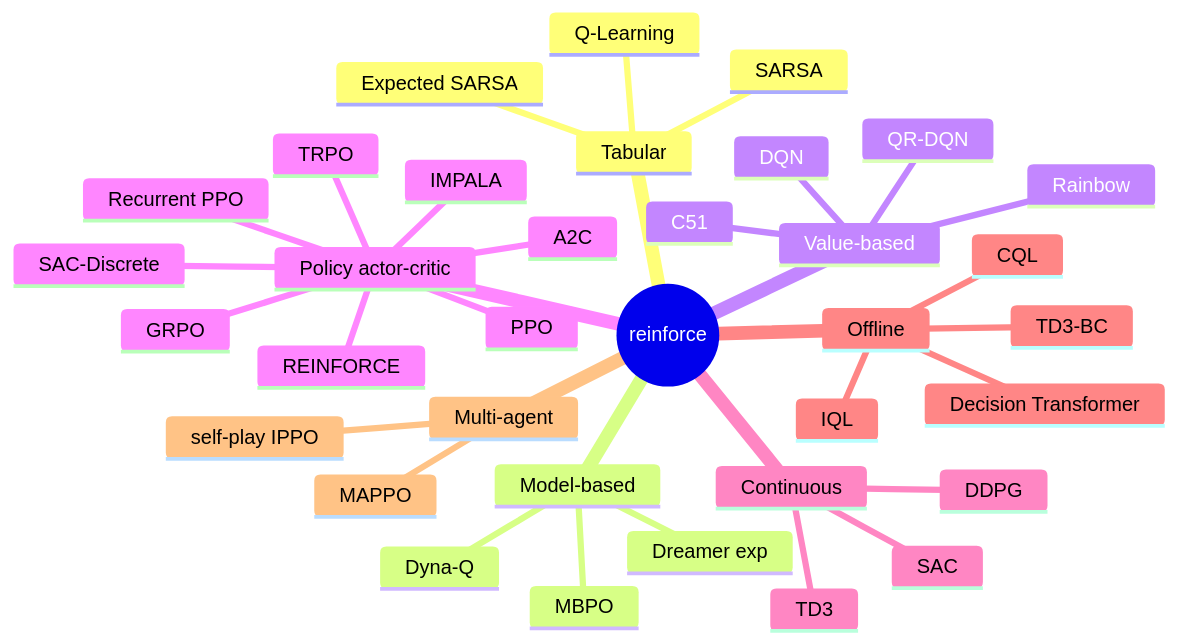
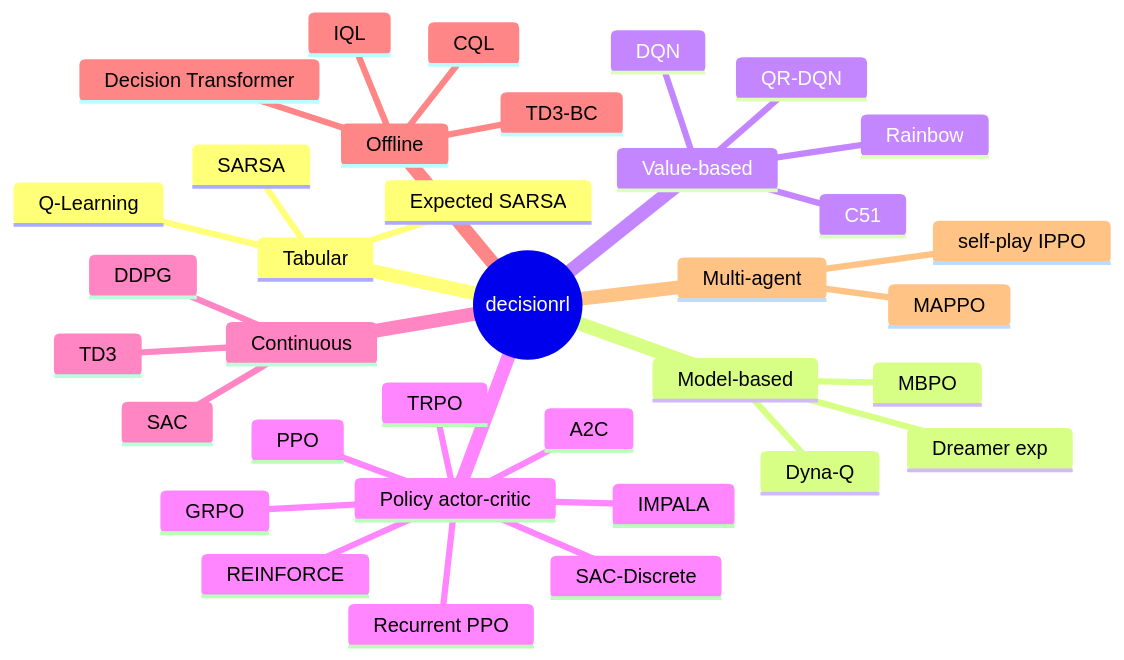
One commit to DenisDrobyshev/decisionrl changed the second of 2 diagrams in README.md. Above: the diagram before and after it, drawn with Mermaid. The commit also changed other lines of this file and 256 other files, not shown here.

````diff
--- a/README.md
+++ b/README.md
@@ -55,38 +85,38 @@
 ```mermaid
 mindmap
-  root(("reinforce"))
+  root(("decisionrl"))
     Tabular
       Q-Learning
       SARSA
       Expected SARSA
     Model-based
       Dyna-Q
       MBPO
       Dreamer exp
     Value-based
       DQN
       C51
       QR-DQN
       Rainbow
     Policy actor-critic
       REINFORCE
       A2C
       PPO
       TRPO
       GRPO
       IMPALA
       Recurrent PPO
       SAC-Discrete
     Continuous
       DDPG
       TD3
       SAC
     Offline
       TD3-BC
       IQL
       CQL
       Decision Transformer
     Multi-agent
       MAPPO
       self-play IPPO
 ```
````
